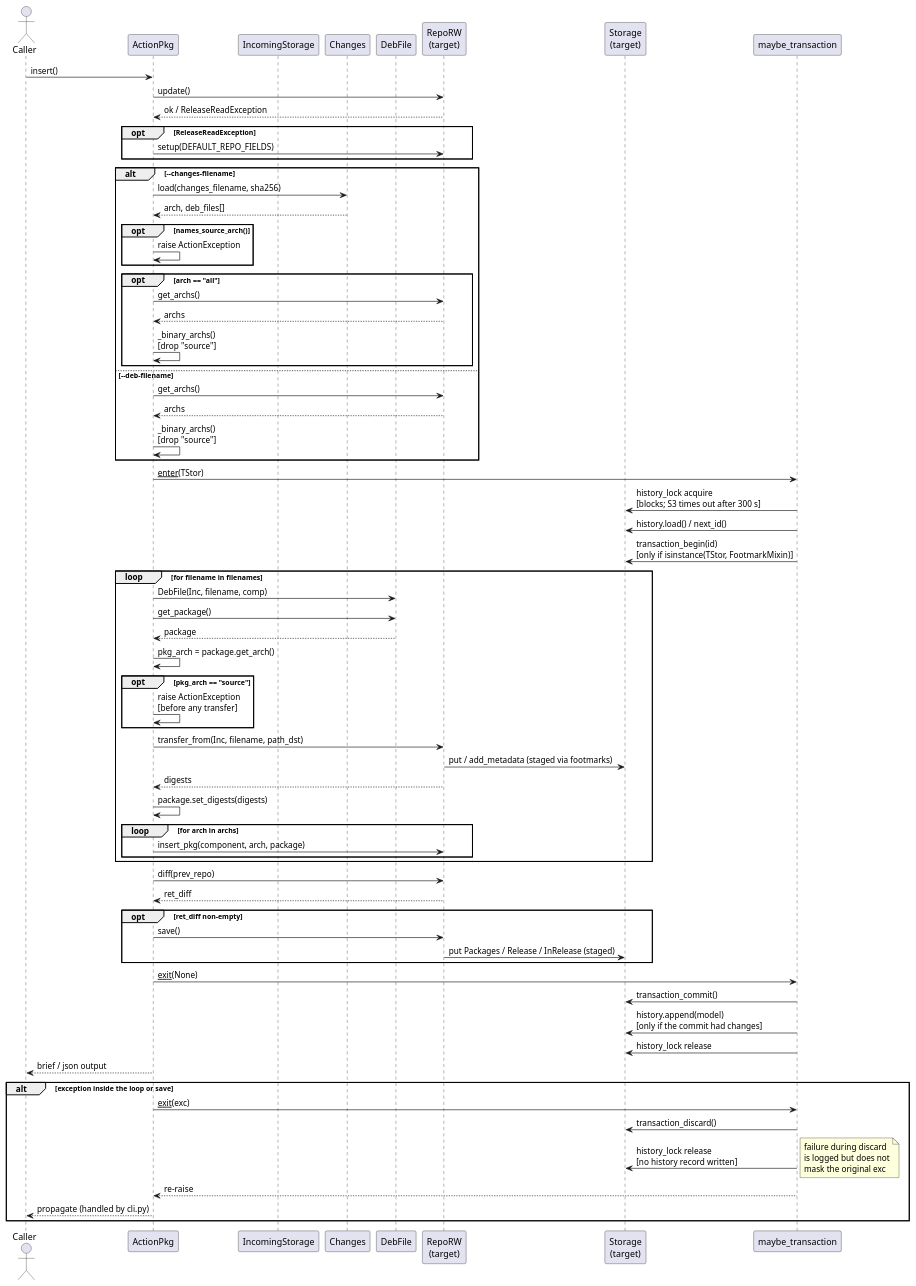
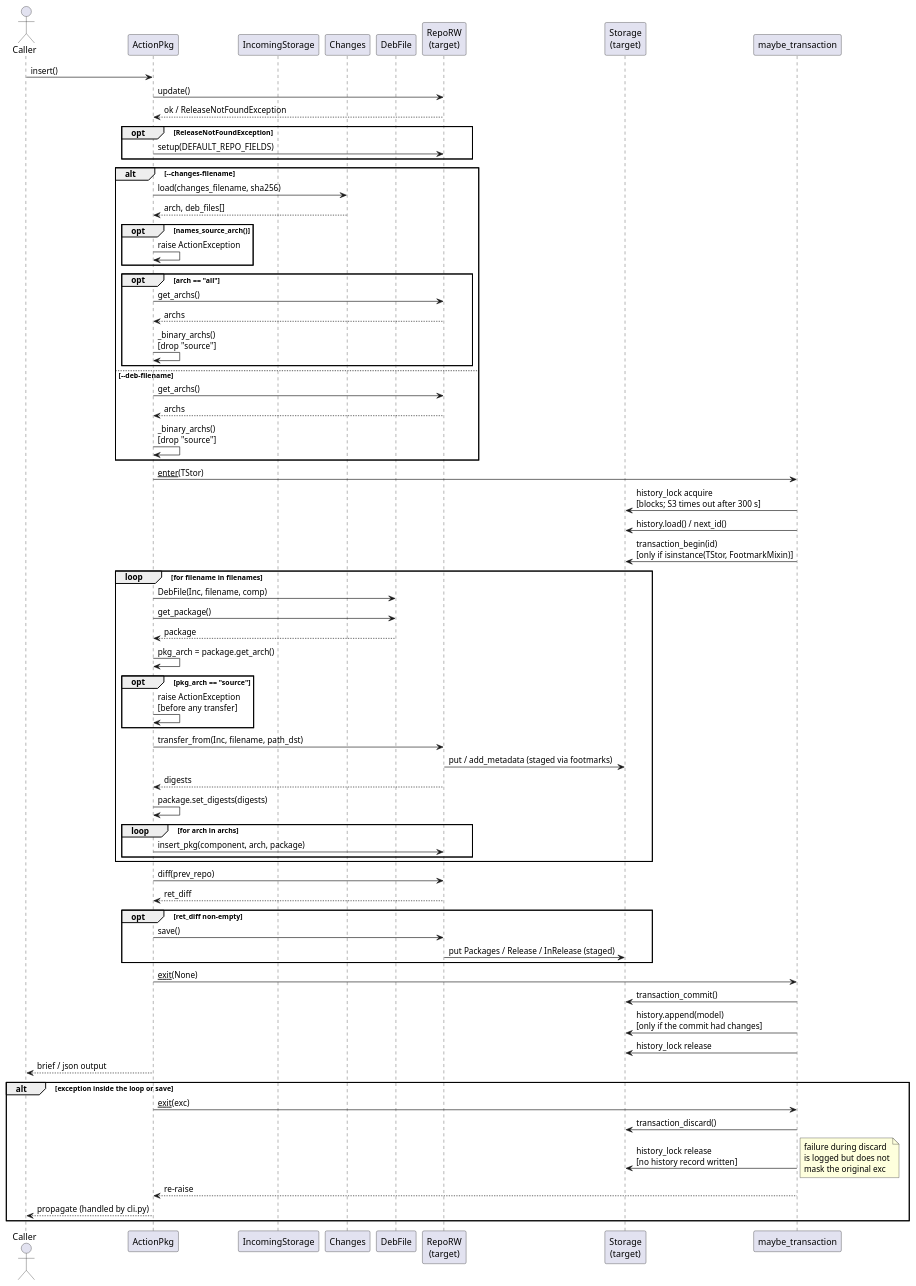
Before and after one commit to vinklat/debkit: the diagram in docs/development/diagrams/action-pkg-insert-sequence.puml, drawn with PlantUML. The commit also changed 17 other files, not shown here.

```diff
--- a/docs/development/diagrams/action-pkg-insert-sequence.puml
+++ b/docs/development/diagrams/action-pkg-insert-sequence.puml
@@ -1,80 +1,80 @@
 @startuml
 actor Caller
 participant ActionPkg
 participant "IncomingStorage" as Inc
 participant "Changes" as Chg
 participant "DebFile" as Df
 participant "RepoRW\n(target)" as Tgt
 participant "Storage\n(target)" as TStor
 participant "maybe_transaction" as CM
 
 Caller -> ActionPkg: insert()
 
 ActionPkg -> Tgt: update()
-Tgt --> ActionPkg: ok / ReleaseReadException
-opt ReleaseReadException
+Tgt --> ActionPkg: ok / ReleaseNotFoundException
+opt ReleaseNotFoundException
   ActionPkg -> Tgt: setup(DEFAULT_REPO_FIELDS)
 end
 
 alt --changes-filename
   ActionPkg -> Chg: load(changes_filename, sha256)
   Chg --> ActionPkg: arch, deb_files[]
   opt names_source_arch()
     ActionPkg -> ActionPkg: raise ActionException
   end
   opt arch == "all"
     ActionPkg -> Tgt: get_archs()
     Tgt --> ActionPkg: archs
     ActionPkg -> ActionPkg: _binary_archs()\n[drop "source"]
   end
 else --deb-filename
   ActionPkg -> Tgt: get_archs()
   Tgt --> ActionPkg: archs
   ActionPkg -> ActionPkg: _binary_archs()\n[drop "source"]
 end
 
 ActionPkg -> CM: __enter__(TStor)
 CM -> TStor: history_lock acquire\n[blocks; S3 times out after 300 s]
 CM -> TStor: history.load() / next_id()
 CM -> TStor: transaction_begin(id)\n[only if isinstance(TStor, FootmarkMixin)]
 
 loop for filename in filenames
   ActionPkg -> Df: DebFile(Inc, filename, comp)
   ActionPkg -> Df: get_package()
   Df --> ActionPkg: package
   ActionPkg -> ActionPkg: pkg_arch = package.get_arch()
   opt pkg_arch == "source"
     ActionPkg -> ActionPkg: raise ActionException\n[before any transfer]
   end
   ActionPkg -> Tgt: transfer_from(Inc, filename, path_dst)
   Tgt -> TStor: put / add_metadata (staged via footmarks)
   Tgt --> ActionPkg: digests
   ActionPkg -> ActionPkg: package.set_digests(digests)
   loop for arch in archs
     ActionPkg -> Tgt: insert_pkg(component, arch, package)
   end
 end
 
 ActionPkg -> Tgt: diff(prev_repo)
 Tgt --> ActionPkg: ret_diff
 opt ret_diff non-empty
   ActionPkg -> Tgt: save()
   Tgt -> TStor: put Packages / Release / InRelease (staged)
 end
 
 ActionPkg -> CM: __exit__(None)
 CM -> TStor: transaction_commit()
 CM -> TStor: history.append(model)\n[only if the commit had changes]
 CM -> TStor: history_lock release
 
 ActionPkg --> Caller: brief / json output
 
 alt exception inside the loop or save
   ActionPkg -> CM: __exit__(exc)
   CM -> TStor: transaction_discard()
   CM -> TStor: history_lock release\n[no history record written]
   note right: failure during discard\nis logged but does not\nmask the original exc
   CM --> ActionPkg: re-raise
   ActionPkg --> Caller: propagate (handled by cli.py)
 end
 @enduml
```
